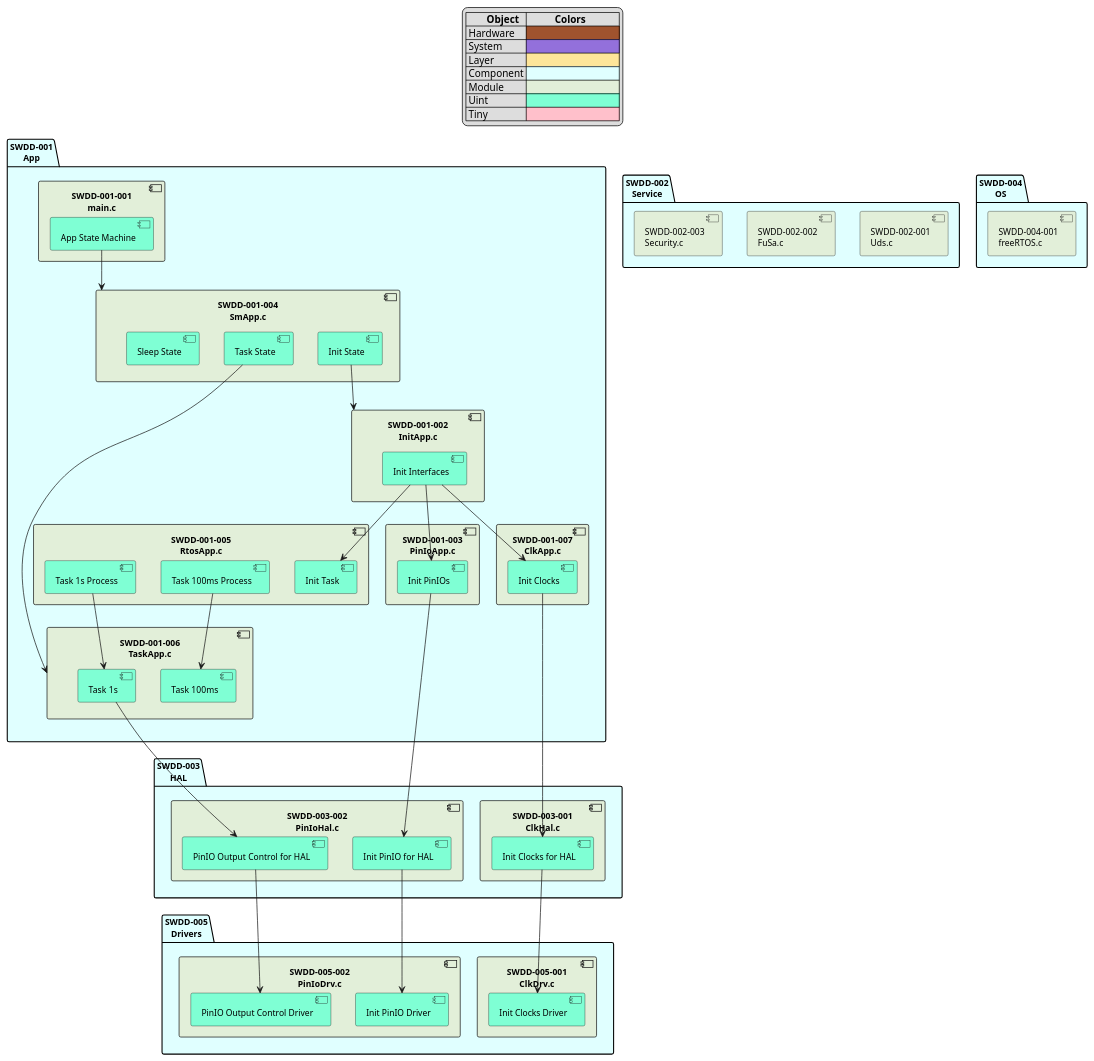
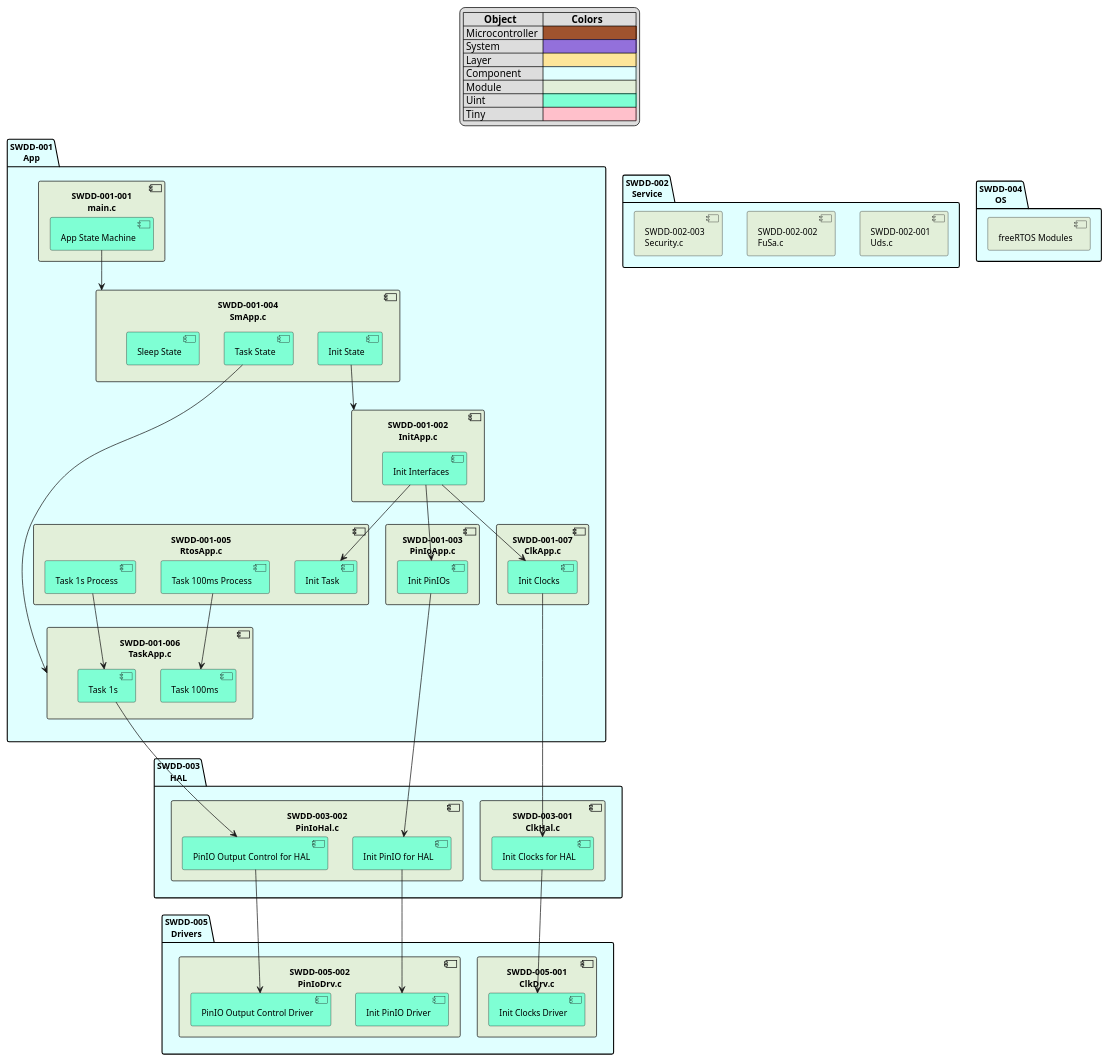
The diagram in DynamicDetailDesign.plantuml (FdsLu/DynamicDD), drawn with PlantUML before and after one commit.

Commit message:
[Modify] SWDD-004-001 freeRTOS.c [Modify] 1. Modify "SWDD-004-001 freeRTOS.c" to "freeRTOS Modules".
[Modify]
1. Rename Hardware to Microcontroller.

```diff
--- a/DynamicDetailDesign.plantuml
+++ b/DynamicDetailDesign.plantuml
@@ -1,149 +1,149 @@
 @startuml
 'Object Colors Setting
 skinparam defaultFontName Arial
 skinparam defaultFontSize 12
 
 legend top
 |=        Object  |=           Colors  |
-| Hardware  |<back:#A0522D>                                    |
+| Microcontroller  |<back:#A0522D>                                    |
 | System  |<back:#9370DB>                                    |
 | Layer  |<back:#FEE599>                                    |
 | Component |<back:#E0FFFF>                                    |
 | Module |<back:#E2EFD9>                                    |
 | Uint |<back:#7FFFD4>                                    |
 | Tiny |<back:#FFC0CB>                                    |
 endlegend
 
 skinparam rectangle {
     BackgroundColor #87CEFA
     BorderColor #000000
 }
 
 '---- App Component ----
 package "SWDD-001\nApp" as App #E0FFFF{  
   '---- Module ----
   component "SWDD-001-001\nmain.c" as main #E2EFD9 {
     ' Units
     [App State Machine] as AppSm #7FFFD4
   }
 
   component "SWDD-001-004\nSmApp.c" as SmApp #E2EFD9 {
     ' Units
     [Init State] as SM_INIT #7FFFD4
     [Task State] as SM_TASK #7FFFD4
     [Sleep State] as SM_SLEEP #7FFFD4
   }
   
   component "SWDD-001-002\nInitApp.c" as InitApp #E2EFD9 {
     ' Units
     [Init Interfaces] as InitIfApp #7FFFD4
   }
 
   component "SWDD-001-003\nPinIoApp.c" as PinIoApp #E2EFD9 {
     ' Units
     [Init PinIOs] as InitPinIoApp #7FFFD4
   }
 
   component "SWDD-001-006\nTaskApp.c" as TaskApp #E2EFD9{
     ' Units
     [Task 100ms] as Task100msApp #7FFFD4
     [Task 1s] as Task1sApp #7FFFD4
   }
 
   component "SWDD-001-007\nClkApp.c" as ClkApp #E2EFD9 {
     ' Units
     [Init Clocks] as InitClkApp #7FFFD4
   }
 
   component "SWDD-001-005\nRtosApp.c" as RtosApp #E2EFD9 {
     ' Units
     [Init Task] as InitTaskApp #7FFFD4
     [Task 100ms Process] as Task100msProcessApp #7FFFD4
     [Task 1s Process] as Task1sProcessApp #7FFFD4
   }
   '----------------
 }
 
 '---- Service Component ----
 package "SWDD-002\nService" as Service #E0FFFF {
   '---- Module ----
   component "SWDD-002-001\nUds.c" as UdsService #E2EFD9 {
     ' Units
 
   }
 
   component "SWDD-002-002\nFuSa.c" as FuSaService #E2EFD9 {
     ' Units
 
   }
 
   component "SWDD-002-003\nSecurity.c" as SecurityService #E2EFD9 {
     ' Units
 
   }
   '----------------
 }
 
 '---- HAL Component ----
 package "SWDD-003\nHAL" as HAL #E0FFFF {
   '---- Module ----
   component "SWDD-003-001\nClkHal.c" as ClkHal #E2EFD9 {
     ' Units
     [Init Clocks for HAL] as InitClkHal #7FFFD4
   }
 
   component "SWDD-003-002\nPinIoHal.c" as PinIoHal #E2EFD9 {
     ' Units
     [Init PinIO for HAL] as InitPinIOHal #7FFFD4
     [PinIO Output Control for HAL] as PinIoOutHal #7FFFD4
   }
   '----------------
 }
 
 '---- OS Component ----
 package "SWDD-004\nOS" as OS #E0FFFF {
   '---- Module ----
-  component "SWDD-004-001\nfreeRTOS.c" as freeRTOSHal #E2EFD9 {
+  component "freeRTOS Modules" as freeRTOSModules #E2EFD9 {
     ' Units
 
   }
   '----------------
 }
  
 '---- Drivers Component ----
 package "SWDD-005\nDrivers" as Drivers #E0FFFF {
   '---- Module ----
   component "SWDD-005-001\nClkDrv.c" as ClkDrv #E2EFD9 {
     ' Units
     [Init Clocks Driver] as InitClkDrv #7FFFD4
   }
 
   component "SWDD-005-002\nPinIoDrv.c" as PinIoDrv #E2EFD9 {
     ' Units
     [Init PinIO Driver] as InitPinIODrv #7FFFD4
     [PinIO Output Control Driver] as PinIoOutDrv #7FFFD4
   }
   '----------------
 }
 
 '---- join modules ----
 'joins
 AppSm --> SmApp
 SM_INIT --> InitApp
 SM_TASK --> TaskApp
 InitIfApp --> InitClkApp
 InitClkApp --> InitClkHal
 InitClkHal --> InitClkDrv
 
 InitIfApp --> InitPinIoApp
 InitPinIoApp --> InitPinIOHal
 InitPinIOHal --> InitPinIODrv
 
 InitIfApp --> InitTaskApp
 Task100msProcessApp --> Task100msApp
 Task1sProcessApp --> Task1sApp
 Task1sApp --> PinIoOutHal
 PinIoOutHal --> PinIoOutDrv
 '----------------------
 
 @enduml
```
